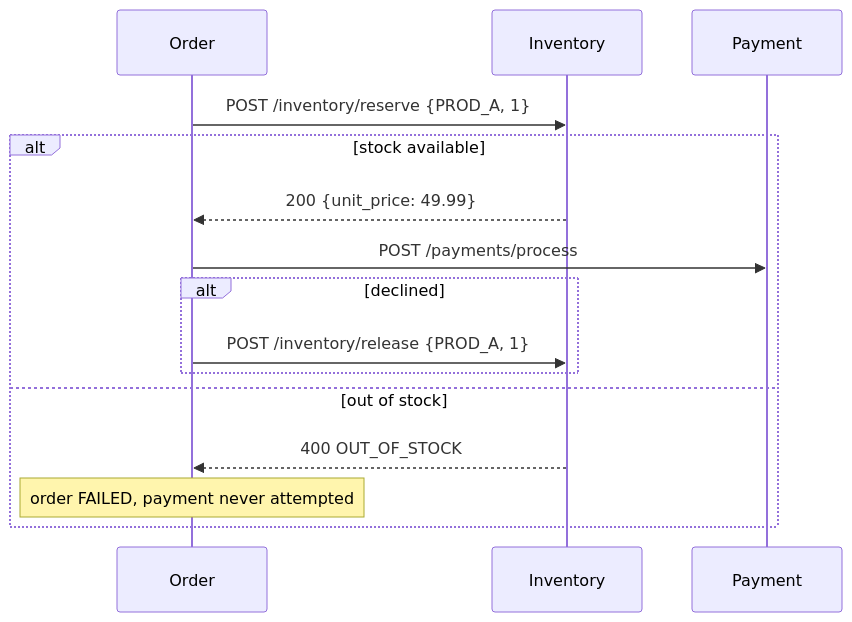
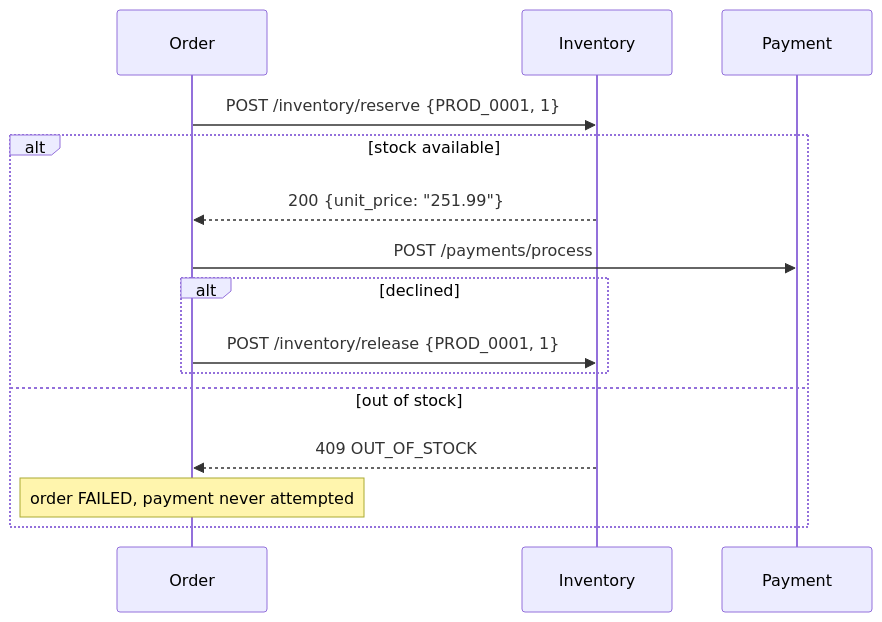
One commit to poph2/datastack changed the diagram in docs/microservices/inventory-service.md. Above: the diagram before and after it, drawn with Mermaid. The commit also changed other lines of this file and 21 other files, not shown here.

````diff
--- a/docs/microservices/inventory-service.md
+++ b/docs/microservices/inventory-service.md
@@ -126,17 +156,17 @@
 ```mermaid
 sequenceDiagram
   participant O as Order
   participant I as Inventory
   participant P as Payment
-  O->>I: POST /inventory/reserve {PROD_A, 1}
+  O->>I: POST /inventory/reserve {PROD_0001, 1}
   alt stock available
-    I-->>O: 200 {unit_price: 49.99}
+    I-->>O: 200 {unit_price: "251.99"}
     O->>P: POST /payments/process
     alt declined
-      O->>I: POST /inventory/release {PROD_A, 1}
+      O->>I: POST /inventory/release {PROD_0001, 1}
     end
   else out of stock
-    I-->>O: 400 OUT_OF_STOCK
+    I-->>O: 409 OUT_OF_STOCK
     Note over O: order FAILED, payment never attempted
   end
 ```
````
